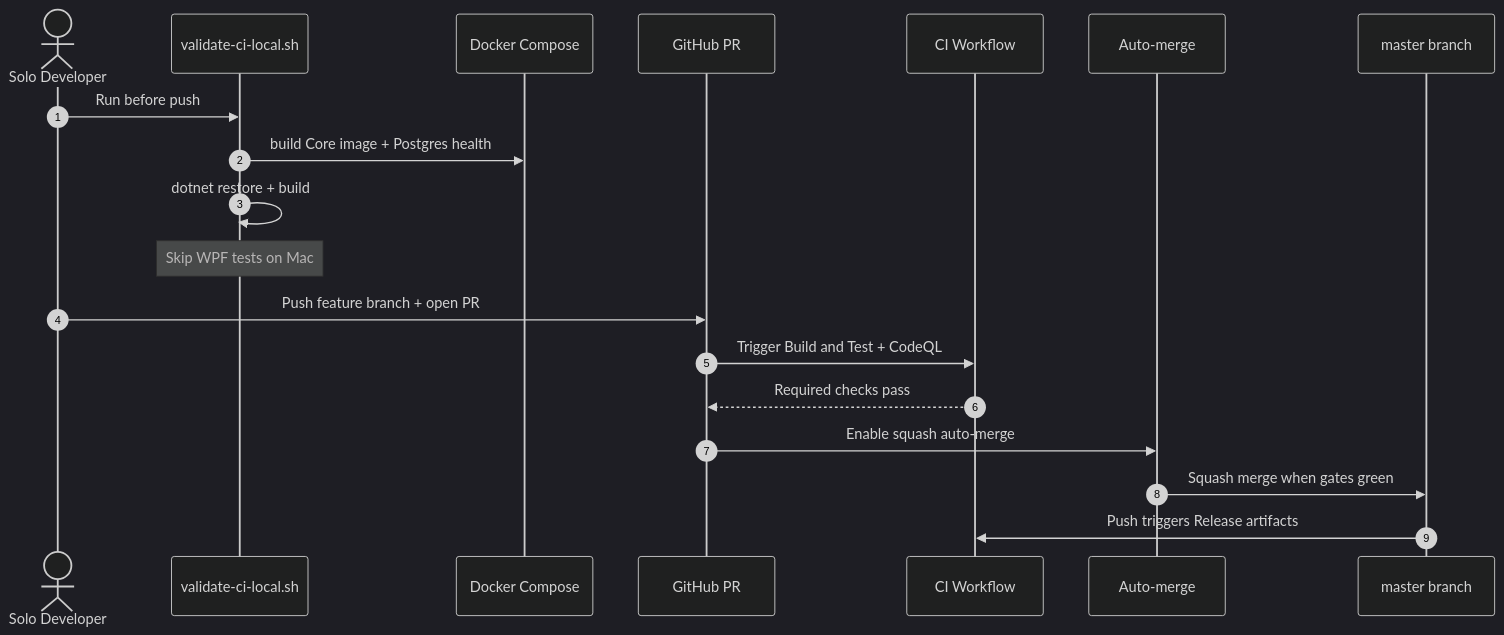
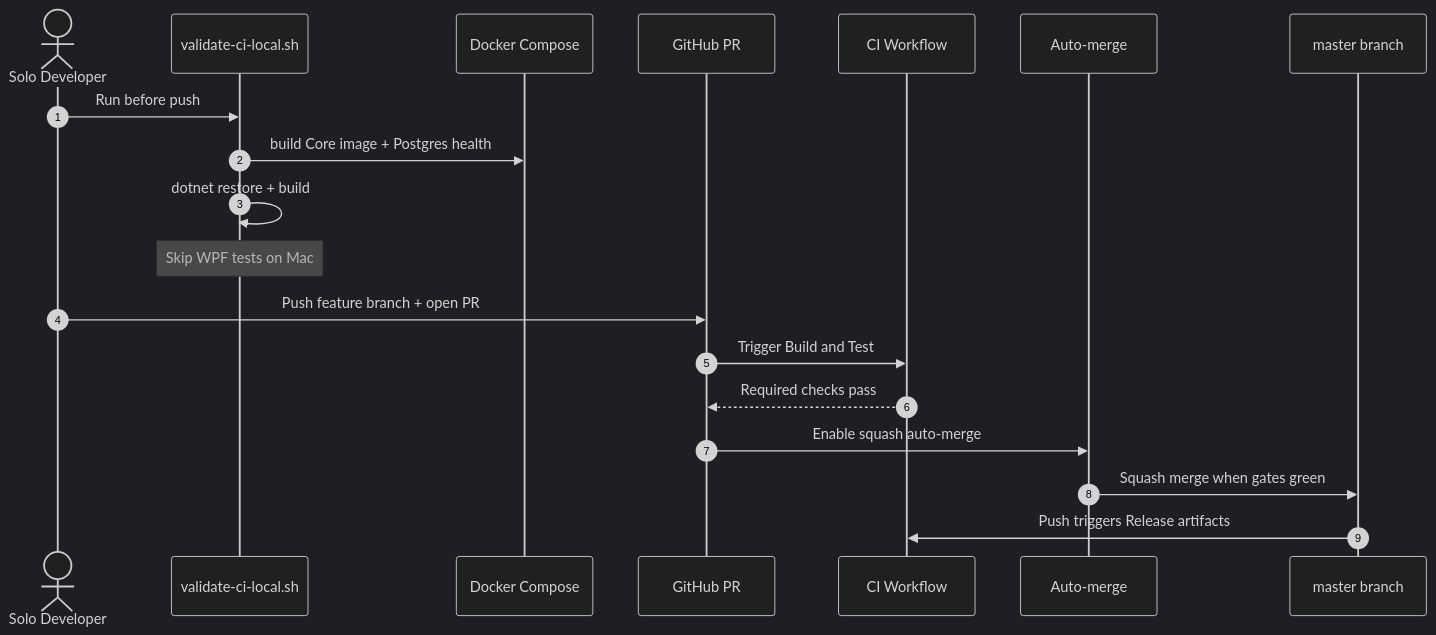
One commit to Bigessfour/BusBuddy-3 changed the second of 2 diagrams in STEADY-STATE-AND-FINISH-ROADMAP.md. Above: the diagram before and after it, drawn with Mermaid (dark theme). The commit also changed other lines of this file and 104 other files, not shown here.

````diff
--- a/STEADY-STATE-AND-FINISH-ROADMAP.md
+++ b/STEADY-STATE-AND-FINISH-ROADMAP.md
@@ -608,22 +605,22 @@
 ```mermaid
 sequenceDiagram
     autonumber
     actor Dev as Solo Developer
     participant Local as validate-ci-local.sh
     participant Docker as Docker Compose
     participant GH as GitHub PR
     participant CI as CI Workflow
     participant AM as Auto-merge
     participant Master as master branch
 
     Dev->>Local: Run before push
     Local->>Docker: build Core image + Postgres health
     Local->>Local: dotnet restore + build
     Note over Local: Skip WPF tests on Mac
     Dev->>GH: Push feature branch + open PR
-    GH->>CI: Trigger Build and Test + CodeQL
+    GH->>CI: Trigger Build and Test
     CI-->>GH: Required checks pass
     GH->>AM: Enable squash auto-merge
     AM->>Master: Squash merge when gates green
     Master->>CI: Push triggers Release artifacts
 ```
````
